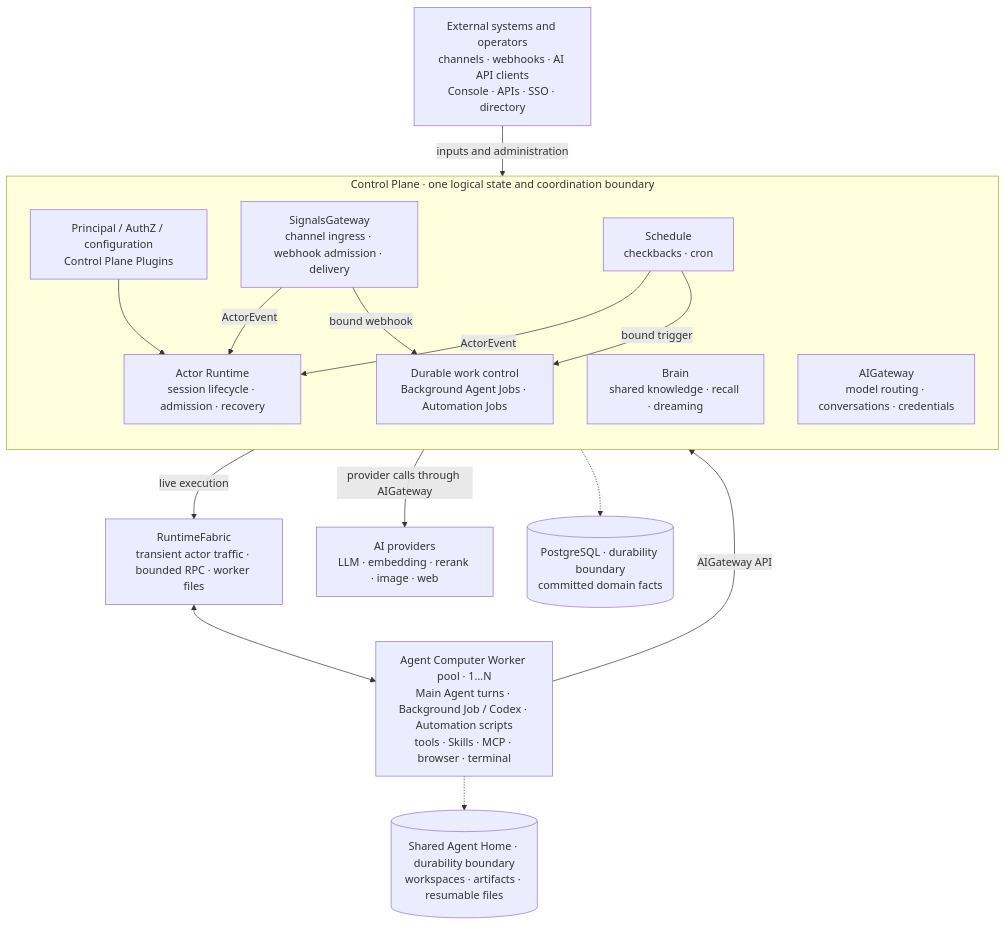
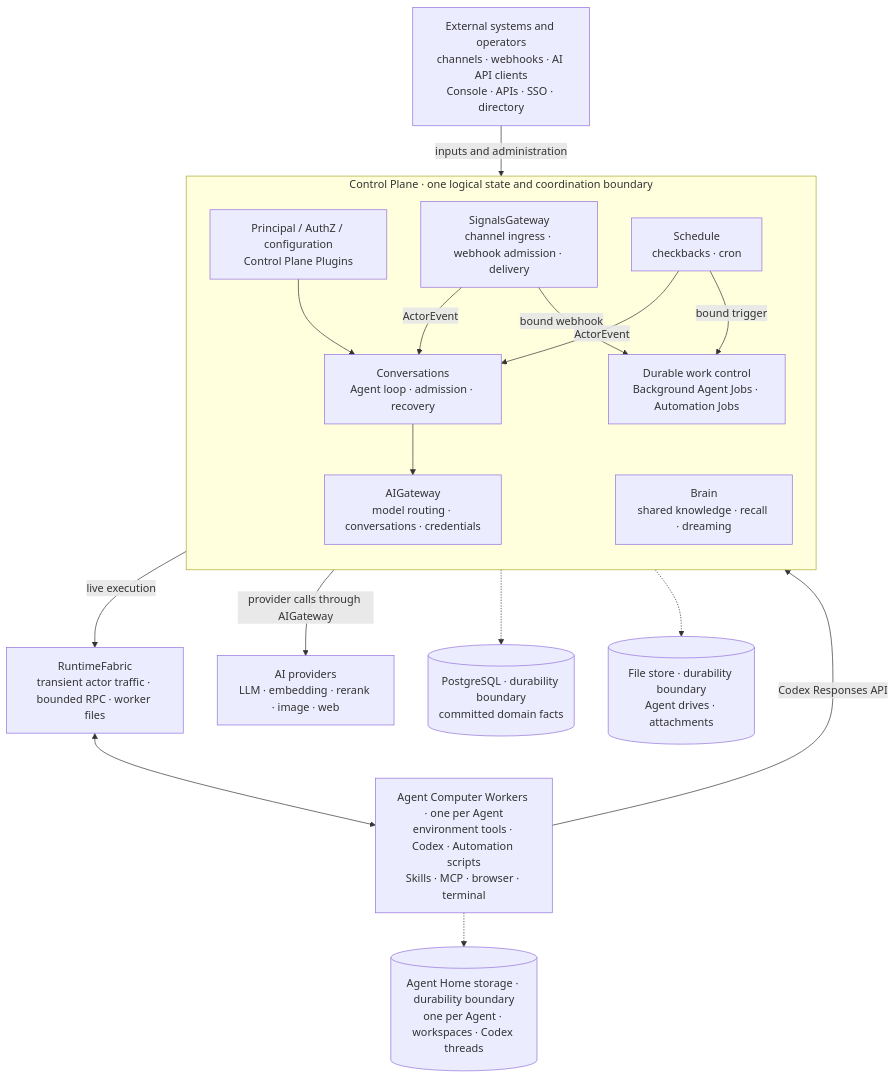
Before and after one commit to AgentBull/ankole: the diagram in README.md, drawn with Mermaid. The commit also changed other lines of this file and 2247 other files, not shown here.

````diff
--- a/README.md
+++ b/README.md
@@ -72,35 +159,38 @@
 ```mermaid
 flowchart TB
   External["External systems and operators<br/>channels · webhooks · AI API clients<br/>Console · APIs · SSO · directory"]
 
   subgraph Control["Control Plane · one logical state and coordination boundary"]
     direction TB
     Platform["Principal / AuthZ / configuration<br/>Control Plane Plugins"]
     SG["SignalsGateway<br/>channel ingress · webhook admission · delivery"]
     Schedule["Schedule<br/>checkbacks · cron"]
-    Runtime["Actor Runtime<br/>session lifecycle · admission · recovery"]
+    Runtime["Conversations<br/>Agent loop · admission · recovery"]
     Jobs["Durable work control<br/>Background Agent Jobs · Automation Jobs"]
     Brain["Brain<br/>shared knowledge · recall · dreaming"]
     AI["AIGateway<br/>model routing · conversations · credentials"]
   end
 
   Fabric["RuntimeFabric<br/>transient actor traffic · bounded RPC · worker files"]
-  Workers["Agent Computer Worker pool · 1…N<br/>Main Agent turns · Background Job / Codex · Automation scripts<br/>tools · Skills · MCP · browser · terminal"]
+  Workers["Agent Computer Workers · one per Agent<br/>environment tools · Codex · Automation scripts<br/>Skills · MCP · browser · terminal"]
   Providers["AI providers<br/>LLM · embedding · rerank · image · web"]
 
   PG[("PostgreSQL · durability boundary<br/>committed domain facts")]
-  Home[("Shared Agent Home · durability boundary<br/>workspaces · artifacts · resumable files")]
+  Files[("File store · durability boundary<br/>Agent drives · attachments")]
+  Homes[("Agent Home storage · durability boundary<br/>one per Agent · workspaces · Codex threads")]
 
   External -->|"inputs and administration"| Control
   SG -->|"ActorEvent"| Runtime
   Schedule -->|"ActorEvent"| Runtime
   SG -->|"bound webhook"| Jobs
   Schedule -->|"bound trigger"| Jobs
   Platform --> Runtime
+  Runtime --> AI
   Control -->|"live execution"| Fabric
   Fabric <--> Workers
-  Workers -->|"AIGateway API"| Control
+  Workers -->|"Codex Responses API"| AI
   Control -->|"provider calls through AIGateway"| Providers
   Control -.-> PG
-  Workers -.-> Home
+  Control -.-> Files
+  Workers -.-> Homes
 ```
````
